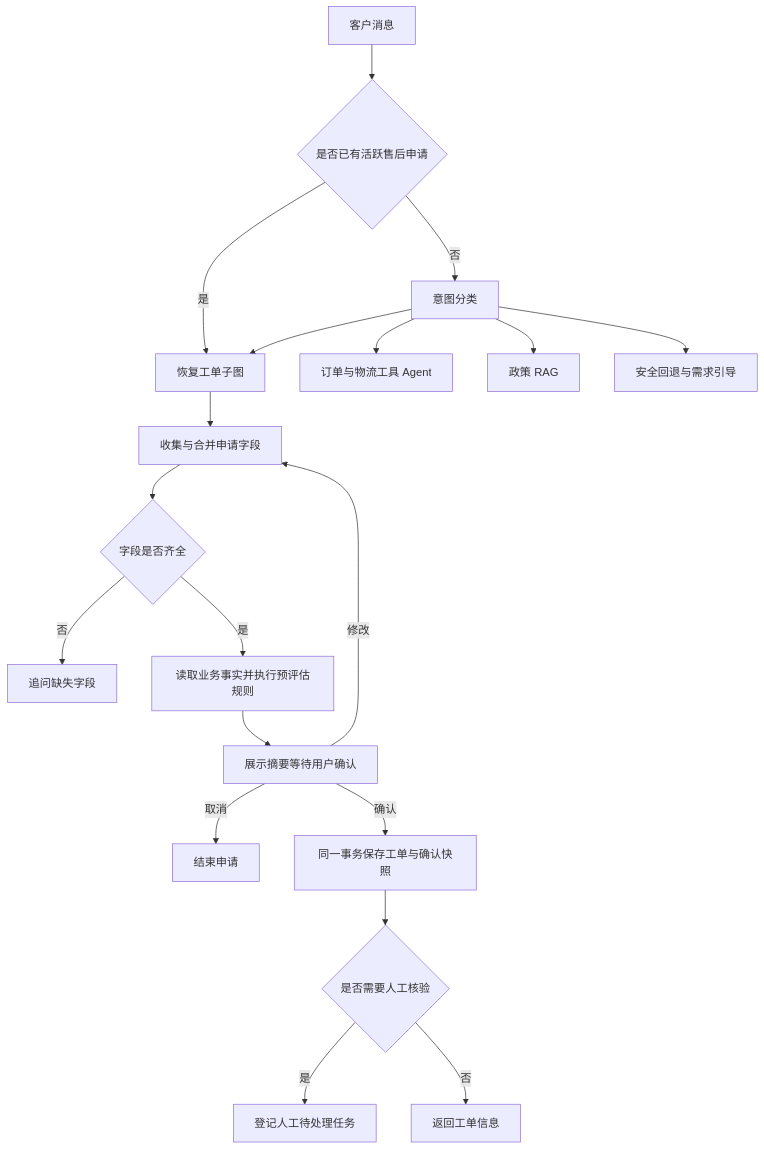
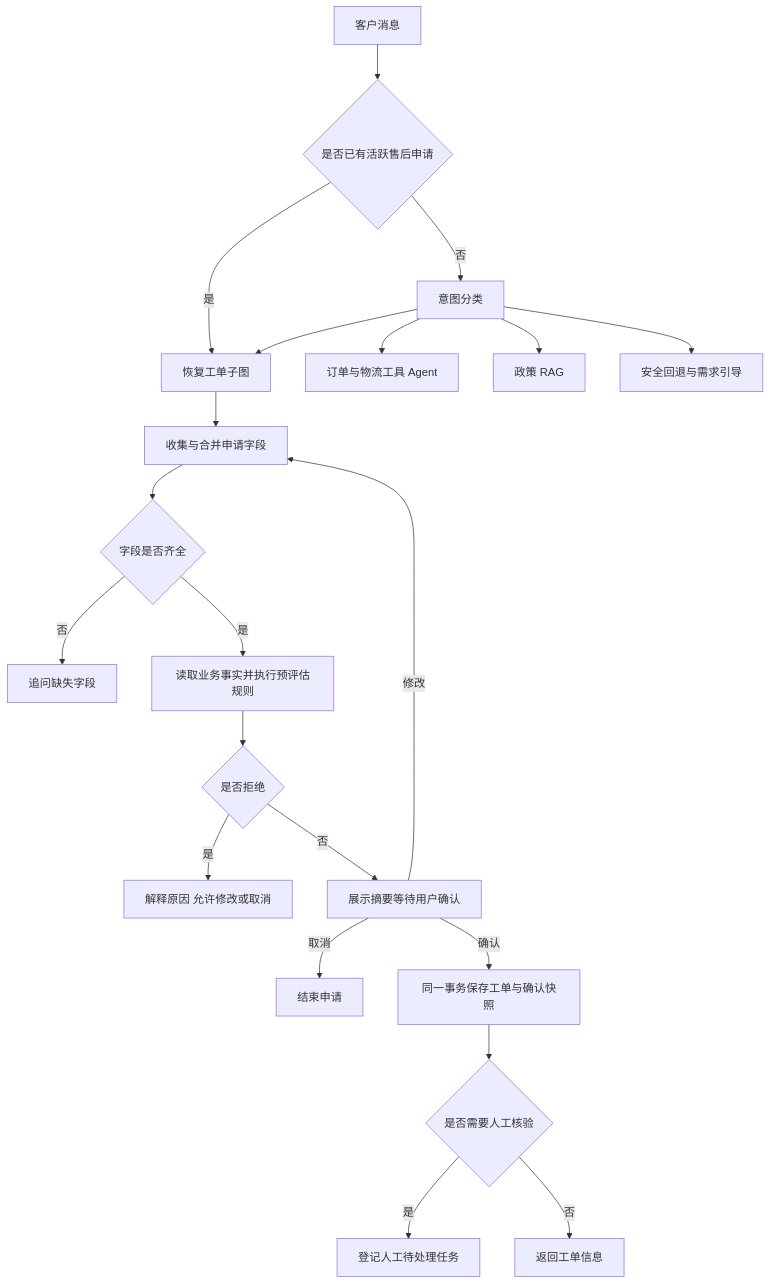
The first of 3 diagrams in README.md (ForeverglowY/serviceflow-agent), drawn with Mermaid before and after one commit. The commit also changed other lines of this file and 106 other files, not shown here.

Commit message:
feat: integrate LangChain query graph and structured intent classification

````diff
--- a/README.md
+++ b/README.md
@@ -52,21 +83,23 @@
 ```mermaid
 flowchart TD
     U[客户消息] --> E{是否已有活跃售后申请}
     E -->|是| T[恢复工单子图]
     E -->|否| I[意图分类]
     I --> Q[订单与物流工具 Agent]
     I --> R[政策 RAG]
     I --> T
     I --> F[安全回退与需求引导]
     T --> C[收集与合并申请字段]
     C --> M{字段是否齐全}
     M -->|否| A[追问缺失字段]
     M -->|是| B[读取业务事实并执行预评估规则]
-    B --> S[展示摘要等待用户确认]
+    B --> J{是否拒绝}
+    J -->|是| N[解释原因 允许修改或取消]
+    J -->|否| S[展示摘要等待用户确认]
     S -->|修改| C
     S -->|取消| X[结束申请]
     S -->|确认| W[同一事务保存工单与确认快照]
     W --> H{是否需要人工核验}
     H -->|是| P[登记人工待处理任务]
     H -->|否| D[返回工单信息]
 ```
````
